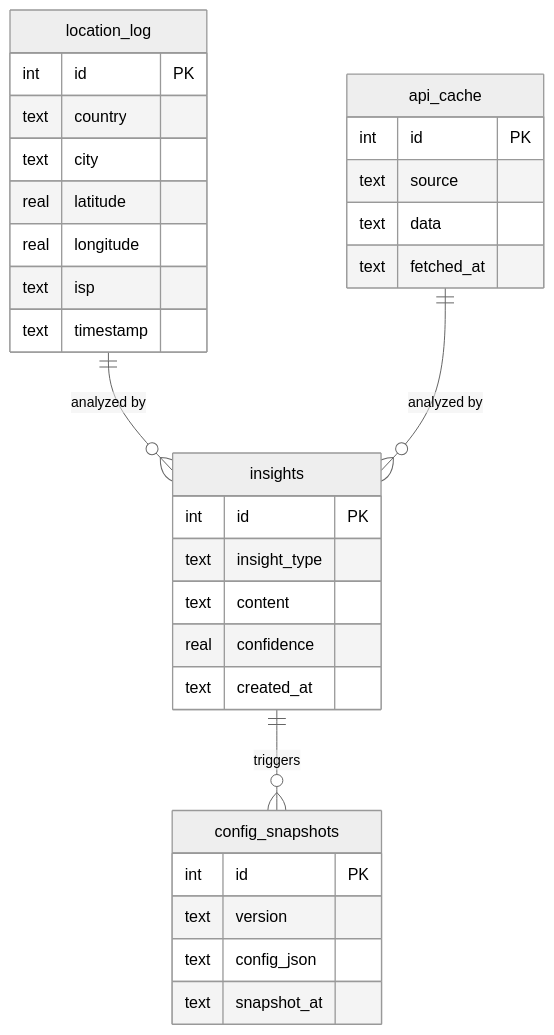
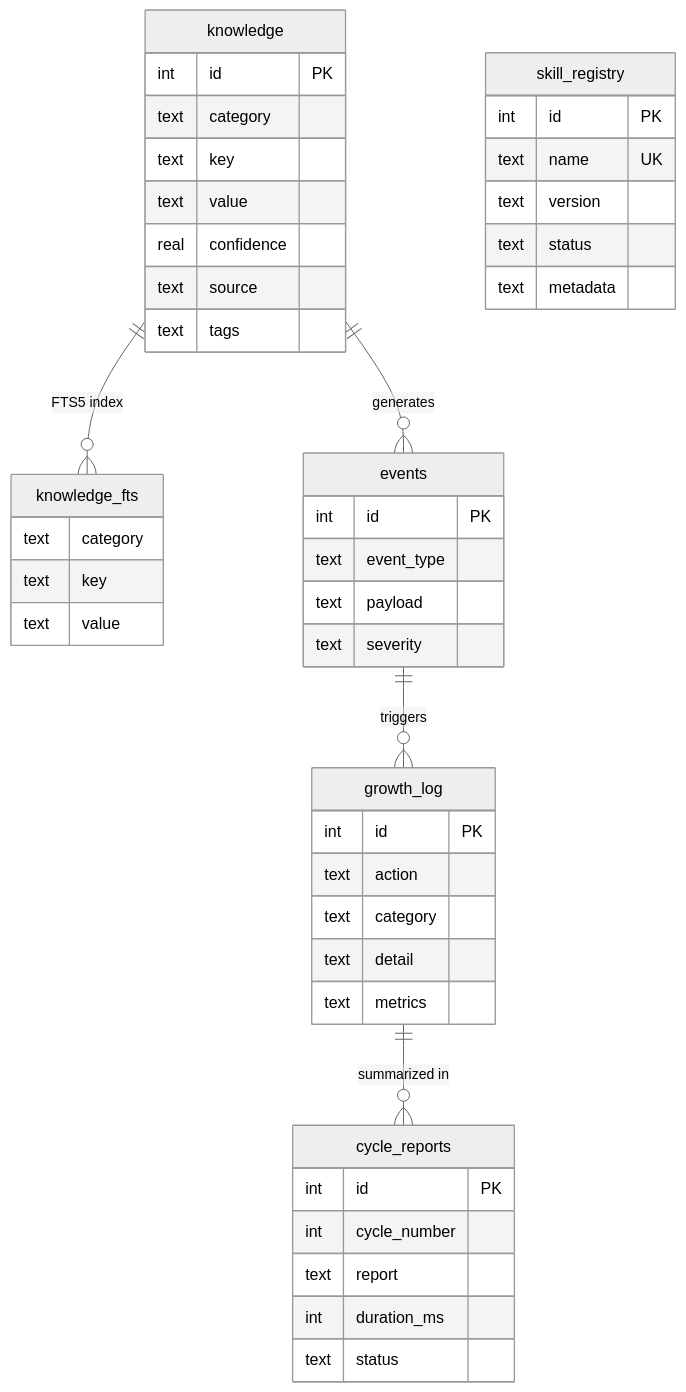
One commit to jincheng3870682453-hash/autonomous-agent changed the third of 5 diagrams in README.md. Above: the diagram before and after it, drawn with Mermaid (neutral theme). The commit also changed other lines of this file and 33 other files, not shown here.

Commit message:
v2.0: Platform-level rewrite - modular architecture, skills marketplace, FastAPI, dashboard, FTS5+Graph memory, self-healing

````diff
--- a/README.md
+++ b/README.md
@@ -598,38 +361,54 @@
 ```mermaid
 erDiagram
-    location_log {
+    knowledge {
         int id PK
-        text country
-        text city
-        real latitude
-        real longitude
-        text isp
-        text timestamp
+        text category
+        text key
+        text value
+        real confidence
+        text source
+        text tags
     }
-    
-    api_cache {
+
+    knowledge_fts {
+        text category
+        text key
+        text value
+    }
+
+    events {
         int id PK
-        text source
-        text data
-        text fetched_at
+        text event_type
+        text payload
+        text severity
     }
-    
-    insights {
+
+    growth_log {
         int id PK
-        text insight_type
-        text content
-        real confidence
-        text created_at
+        text action
+        text category
+        text detail
+        text metrics
     }
-    
-    config_snapshots {
+
+    cycle_reports {
         int id PK
+        int cycle_number
+        text report
+        int duration_ms
+        text status
+    }
+
+    skill_registry {
+        int id PK
+        text name UK
         text version
-        text config_json
-        text snapshot_at
+        text status
+        text metadata
     }
-    
-    location_log ||--o{ insights : "analyzed by"
-    api_cache ||--o{ insights : "analyzed by"
-    insights ||--o{ config_snapshots : "triggers"
+
+    knowledge ||--o{ knowledge_fts : "FTS5 index"
+    knowledge ||--o{ events : "generates"
+    events ||--o{ growth_log : "triggers"
+    growth_log ||--o{ cycle_reports : "summarized in"
 ```
````
